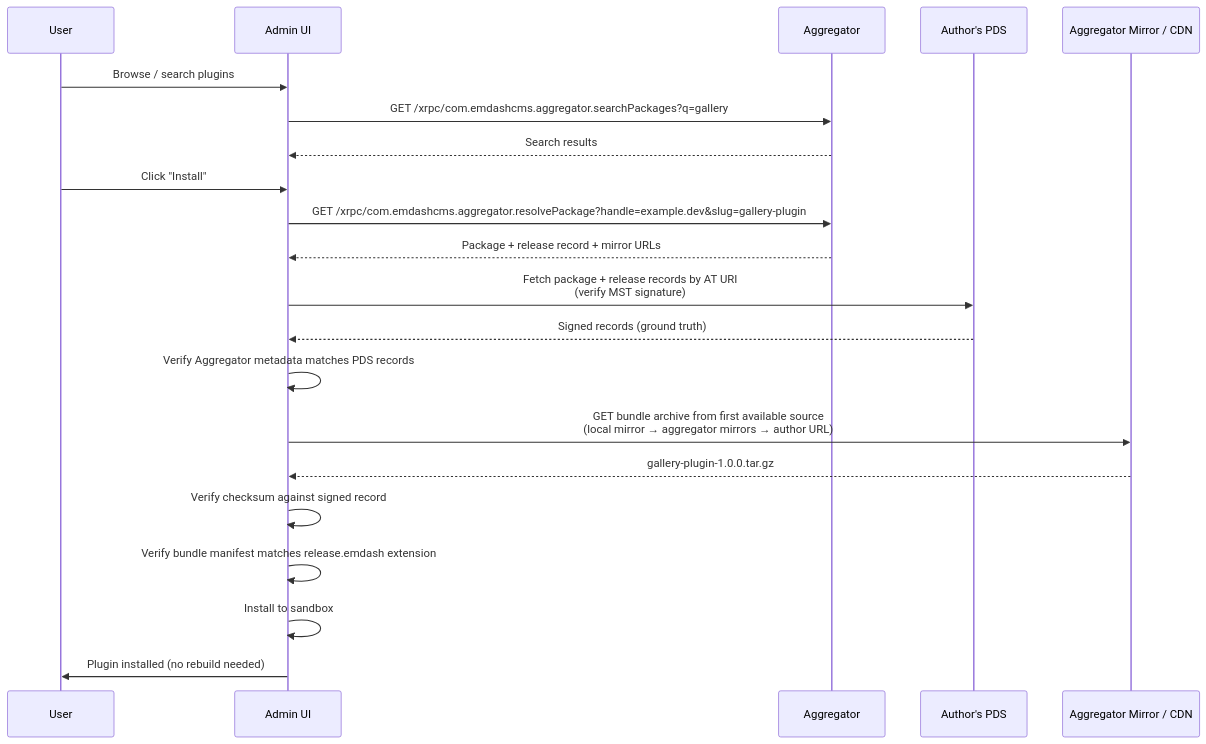
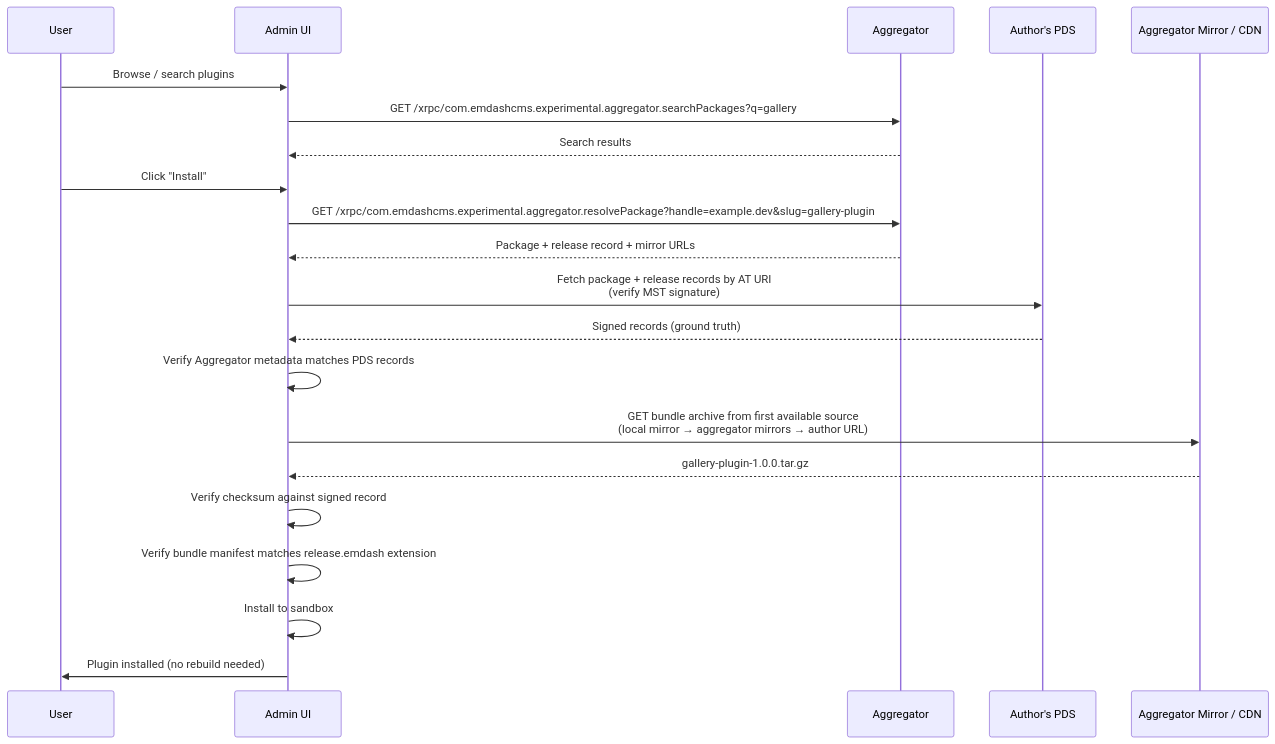
One commit to emdash-cms/emdash changed the second of 3 diagrams in rfcs/0001-plugin-registry.md. Above: the diagram before and after it, drawn with Mermaid. The commit also changed other lines of this file, not shown here.

Commit message:
docs(rfc-0001): align spec with experimental lexicons

````diff
--- a/rfcs/0001-plugin-registry.md
+++ b/rfcs/0001-plugin-registry.md
@@ -683,24 +665,24 @@
 ```mermaid
 sequenceDiagram
     participant User
     participant Admin as Admin UI
     participant Aggregator
     participant PDS as Author's PDS
     participant Mirror as Aggregator Mirror / CDN
 
     User->>Admin: Browse / search plugins
-    Admin->>Aggregator: GET /xrpc/com.emdashcms.aggregator.searchPackages?q=gallery
+    Admin->>Aggregator: GET /xrpc/com.emdashcms.experimental.aggregator.searchPackages?q=gallery
     Aggregator-->>Admin: Search results
     User->>Admin: Click "Install"
-    Admin->>Aggregator: GET /xrpc/com.emdashcms.aggregator.resolvePackage?handle=example.dev&slug=gallery-plugin
+    Admin->>Aggregator: GET /xrpc/com.emdashcms.experimental.aggregator.resolvePackage?handle=example.dev&slug=gallery-plugin
     Aggregator-->>Admin: Package + release record + mirror URLs
     Admin->>PDS: Fetch package + release records by AT URI<br/>(verify MST signature)
     PDS-->>Admin: Signed records (ground truth)
     Admin->>Admin: Verify Aggregator metadata matches PDS records
     Admin->>Mirror: GET bundle archive from first available source<br/>(local mirror → aggregator mirrors → author URL)
     Mirror-->>Admin: gallery-plugin-1.0.0.tar.gz
     Admin->>Admin: Verify checksum against signed record
     Admin->>Admin: Verify bundle manifest matches release.emdash extension
     Admin->>Admin: Install to sandbox
     Admin->>User: Plugin installed (no rebuild needed)
 ```
````
